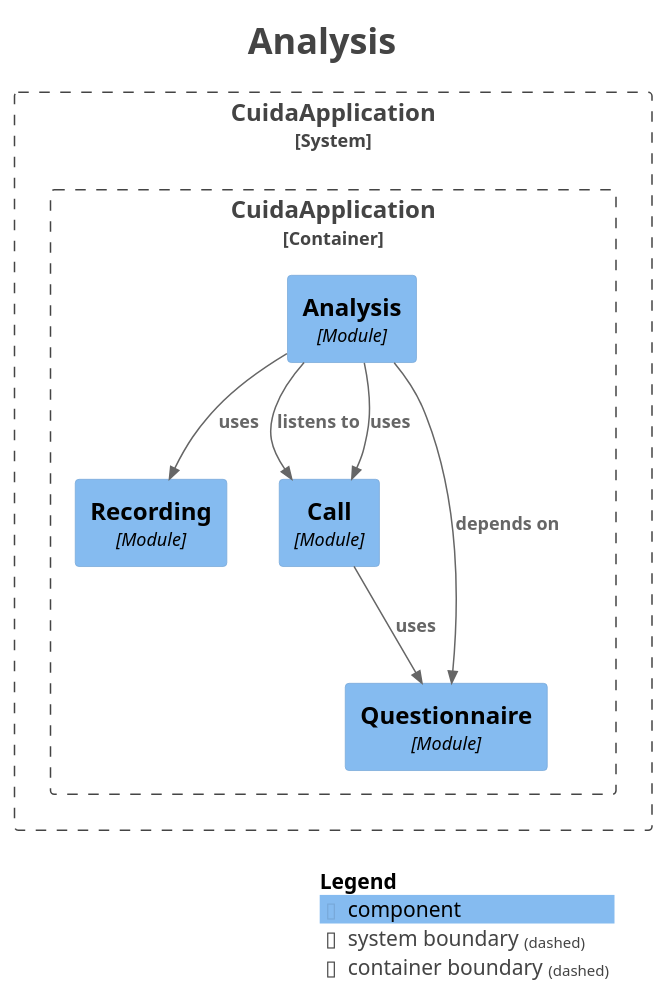
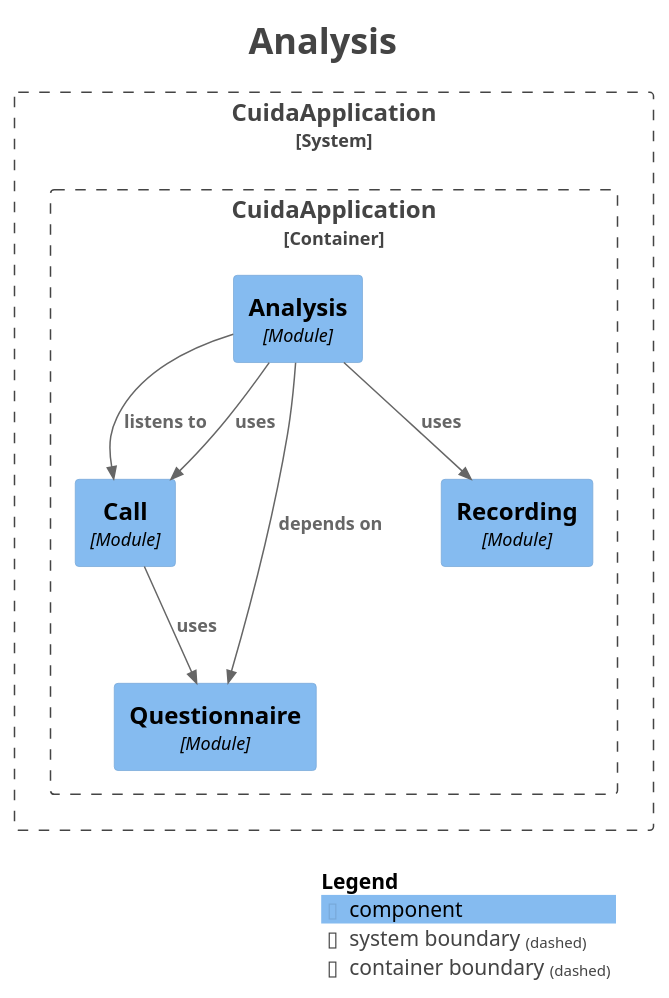
Before and after one commit to Rodrimir/alo_diario: the diagram in docs/modules/module-analysis.puml, drawn with PlantUML. The commit also changed other lines of this file and 19 other files, not shown here.

```diff
--- a/docs/modules/module-analysis.puml
+++ b/docs/modules/module-analysis.puml
@@ -1,36 +1,36 @@
 @startuml
 title <size:24>Analysis</size>
 
 set separator none
 top to bottom direction
 
 <style>
   root {
     BackgroundColor: #ffffff
     FontColor: #444444
   }
 </style>
 
 !include <C4/C4>
 !include <C4/C4_Context>
 !include <C4/C4_Component>
 
 System_Boundary("CuidaApplication_boundary", "CuidaApplication", $tags="") {
   Container_Boundary("CuidaApplication.CuidaApplication_boundary", "CuidaApplication", $tags="") {
-    Component(CuidaApplication.CuidaApplication.Recording, "Recording", $techn="Module", $descr="", $tags="", $link="")
     Component(CuidaApplication.CuidaApplication.Call, "Call", $techn="Module", $descr="", $tags="", $link="")
     Component(CuidaApplication.CuidaApplication.Analysis, "Analysis", $techn="Module", $descr="", $tags="", $link="")
     Component(CuidaApplication.CuidaApplication.Questionnaire, "Questionnaire", $techn="Module", $descr="", $tags="", $link="")
+    Component(CuidaApplication.CuidaApplication.Recording, "Recording", $techn="Module", $descr="", $tags="", $link="")
   }
 
 }
 
 Rel(CuidaApplication.CuidaApplication.Analysis, CuidaApplication.CuidaApplication.Call, "listens to", $techn="", $tags="", $link="")
 Rel(CuidaApplication.CuidaApplication.Analysis, CuidaApplication.CuidaApplication.Call, "uses", $techn="", $tags="", $link="")
 Rel(CuidaApplication.CuidaApplication.Analysis, CuidaApplication.CuidaApplication.Questionnaire, "depends on", $techn="", $tags="", $link="")
 Rel(CuidaApplication.CuidaApplication.Analysis, CuidaApplication.CuidaApplication.Recording, "uses", $techn="", $tags="", $link="")
 Rel(CuidaApplication.CuidaApplication.Call, CuidaApplication.CuidaApplication.Questionnaire, "uses", $techn="", $tags="", $link="")
 
 SHOW_LEGEND(true)
 hide stereotypes
 @enduml
```
